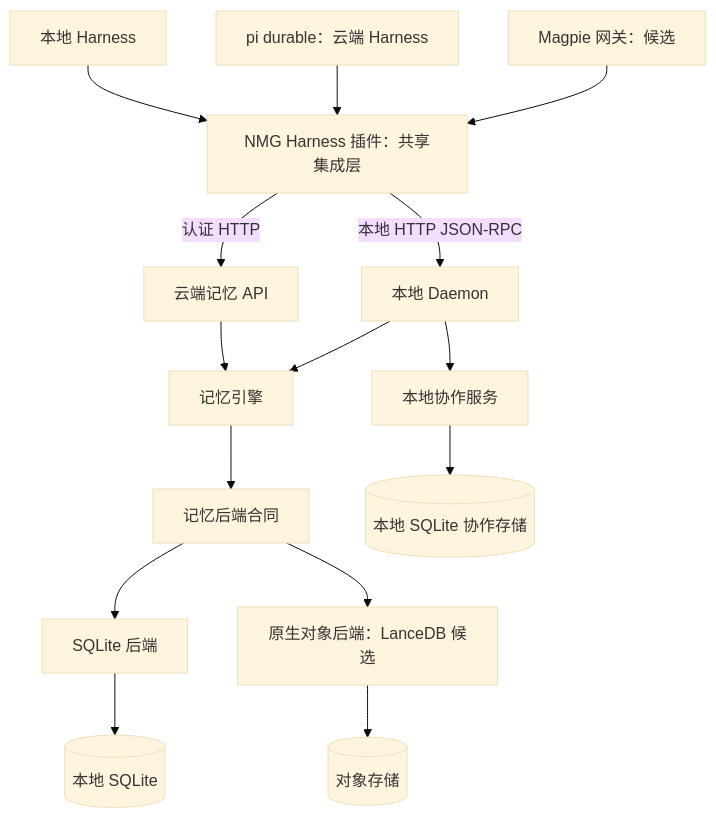
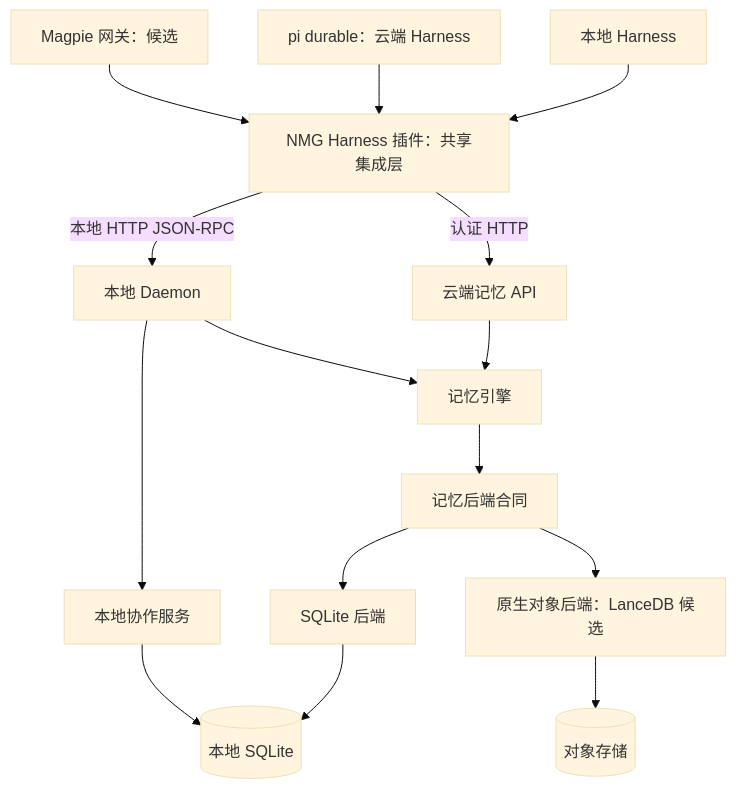
The diagram in docs/design/unified-architecture.zh-CN.md (wefio/NodeMemoryGraph), drawn with Mermaid (base theme) before and after one commit. The commit also changed other lines of this file and 11 other files, not shown here.

First line of the commit message:
fix(storage): share local SQLite between memory and coordination

````diff
--- a/docs/design/unified-architecture.zh-CN.md
+++ b/docs/design/unified-architecture.zh-CN.md
@@ -18,17 +18,17 @@
 ```mermaid
 flowchart TB
   Host[本地 Harness] --> Integration[NMG Harness 插件：共享集成层]
   Durable[pi durable：云端 Harness] --> Integration
   Gateway[Magpie 网关：候选] --> Integration
   Integration -->|本地 HTTP JSON-RPC| Daemon[本地 Daemon]
   Integration -->|认证 HTTP| Cloud[云端记忆 API]
   Cloud[云端记忆 API] --> Engine[记忆引擎]
   Daemon --> Engine
   Engine --> Port[记忆后端合同]
   Port --> SQL[SQLite 后端]
   Port --> Native[原生对象后端：LanceDB 候选]
   SQL --> LocalDB[(本地 SQLite)]
   Native --> Objects[(对象存储)]
   Daemon --> Coordination[本地协作服务]
-  Coordination --> CoordDB[(本地 SQLite 协作存储)]
+  Coordination --> LocalDB
 ```
````
